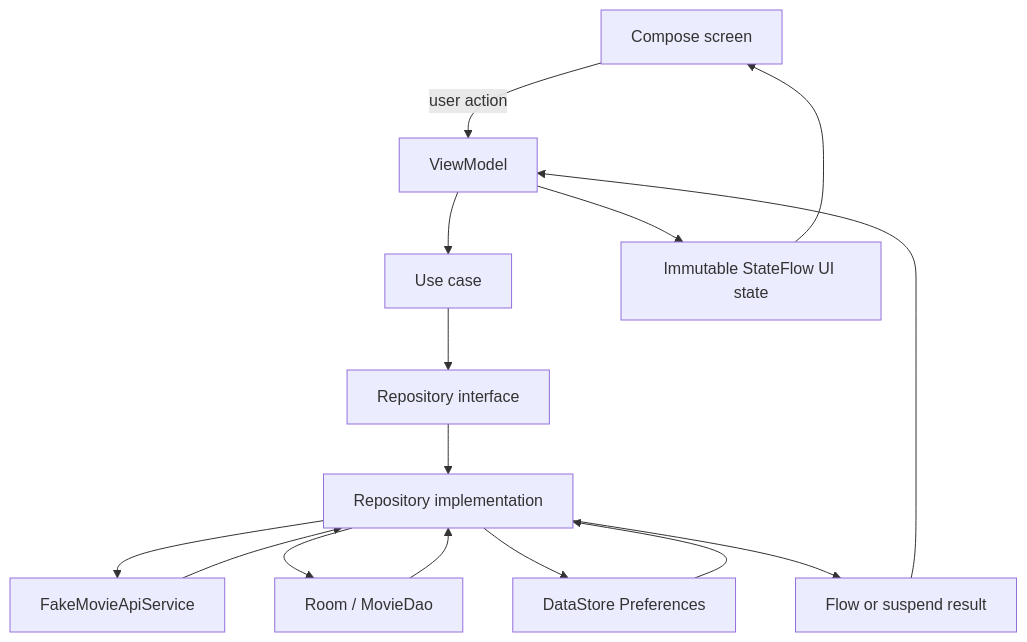
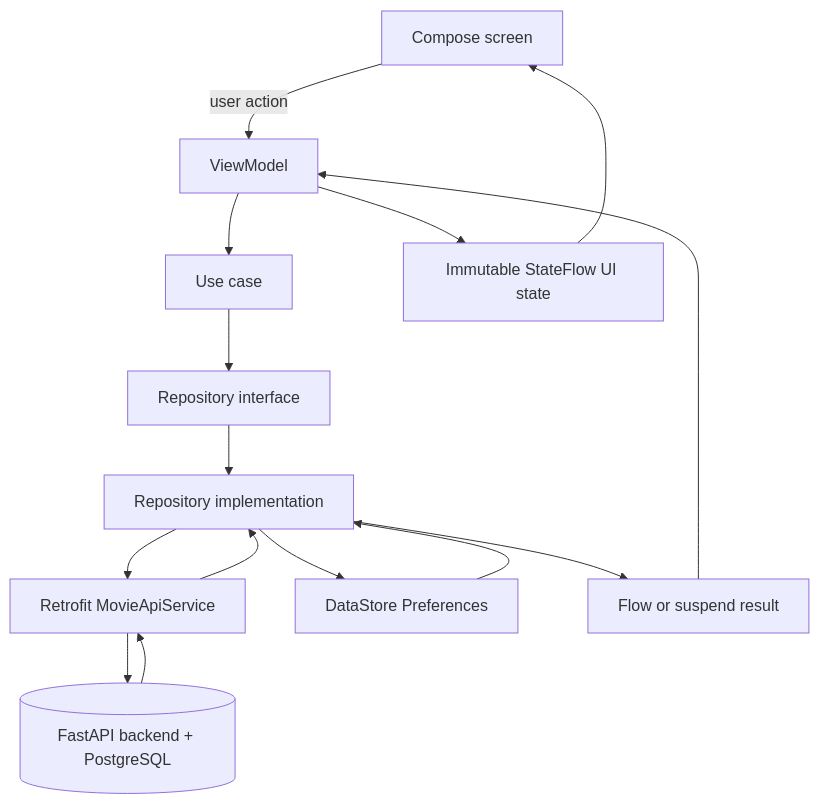
One commit to MuhammadFaheemAkram/MovieExplorer-Android changed the diagram in docs/ARCHITECTURE.md. Above: the diagram before and after it, drawn with Mermaid. The commit also changed other lines of this file and 67 other files, not shown here.

First line of the commit message:
feat: connect app to the Movie Explorer REST API

````diff
--- a/docs/ARCHITECTURE.md
+++ b/docs/ARCHITECTURE.md
@@ -7,17 +7,17 @@
 ```mermaid
 flowchart TD
     UI[Compose screen] -->|user action| VM[ViewModel]
     VM --> UC[Use case]
     UC --> RI[Repository interface]
     RI --> REPO[Repository implementation]
-    REPO --> API[FakeMovieApiService]
-    REPO --> ROOM[Room / MovieDao]
+    REPO --> API[Retrofit MovieApiService]
+    API --> BACKEND[(FastAPI backend + PostgreSQL)]
     REPO --> DS[DataStore Preferences]
+    BACKEND --> API
     API --> REPO
-    ROOM --> REPO
     DS --> REPO
     REPO --> FLOW[Flow or suspend result]
     FLOW --> VM
     VM --> STATE[Immutable StateFlow UI state]
     STATE --> UI
 ```
````
